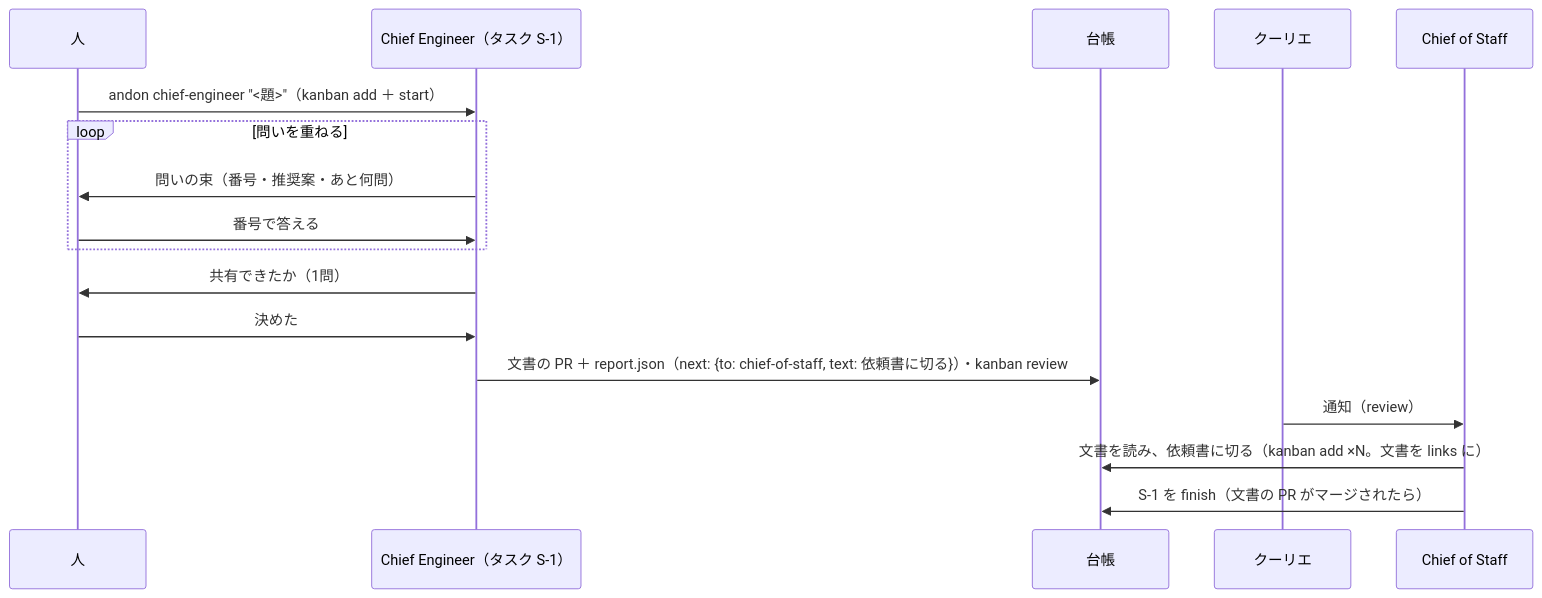
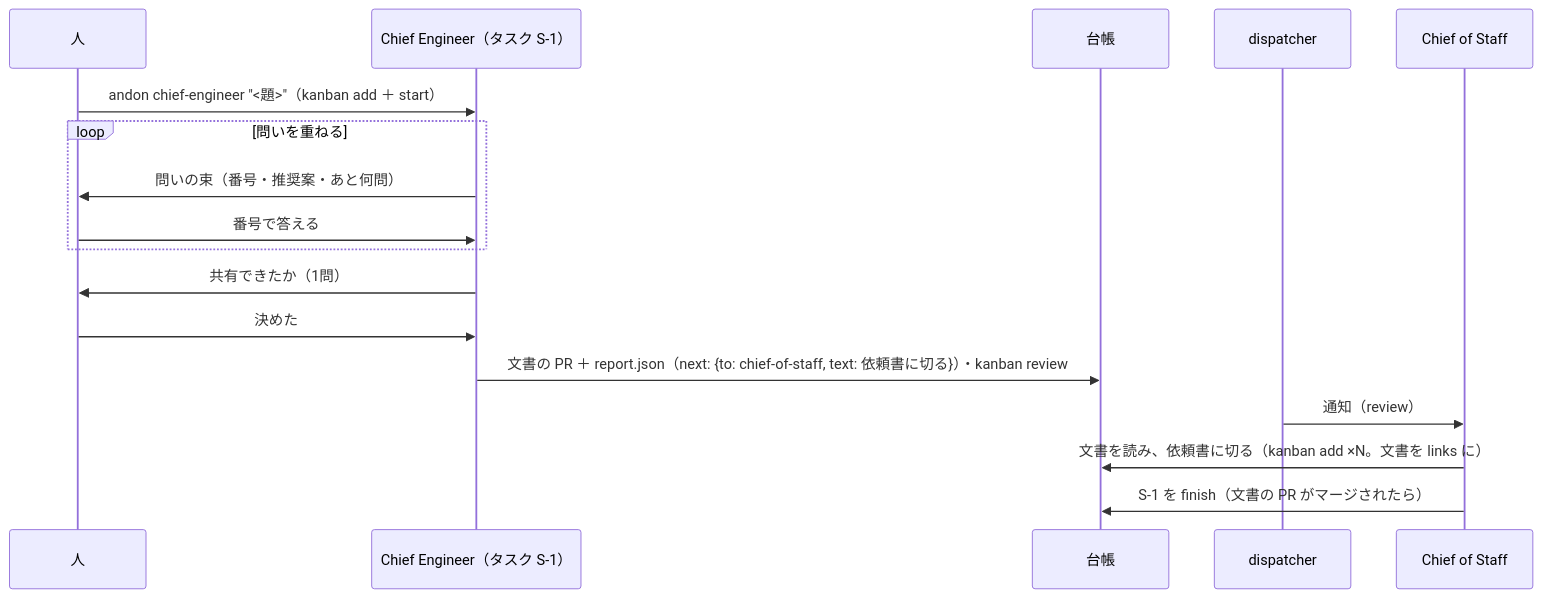
One commit to mitaku/andon changed the third of 3 diagrams in docs/design.md. Above: the diagram before and after it, drawn with Mermaid. The commit also changed other lines of this file and 64 other files, not shown here.

````diff
--- a/docs/design.md
+++ b/docs/design.md
@@ -263,19 +263,19 @@
 ```mermaid
 sequenceDiagram
   participant H as 人
   participant CE as Chief Engineer（タスク S-1）
   participant L as 台帳
-  participant K as クーリエ
+  participant K as dispatcher
   participant C as Chief of Staff
   H->>CE: andon chief-engineer "<題>"（kanban add ＋ start）
   loop 問いを重ねる
     CE->>H: 問いの束（番号・推奨案・あと何問）
     H->>CE: 番号で答える
   end
   CE->>H: 共有できたか（1問）
   H->>CE: 決めた
   CE->>L: 文書の PR ＋ report.json（next: {to: chief-of-staff, text: 依頼書に切る}）・kanban review
   K->>C: 通知（review）
   C->>L: 文書を読み、依頼書に切る（kanban add ×N。文書を links に）
   C->>L: S-1 を finish（文書の PR がマージされたら）
 ```
````
